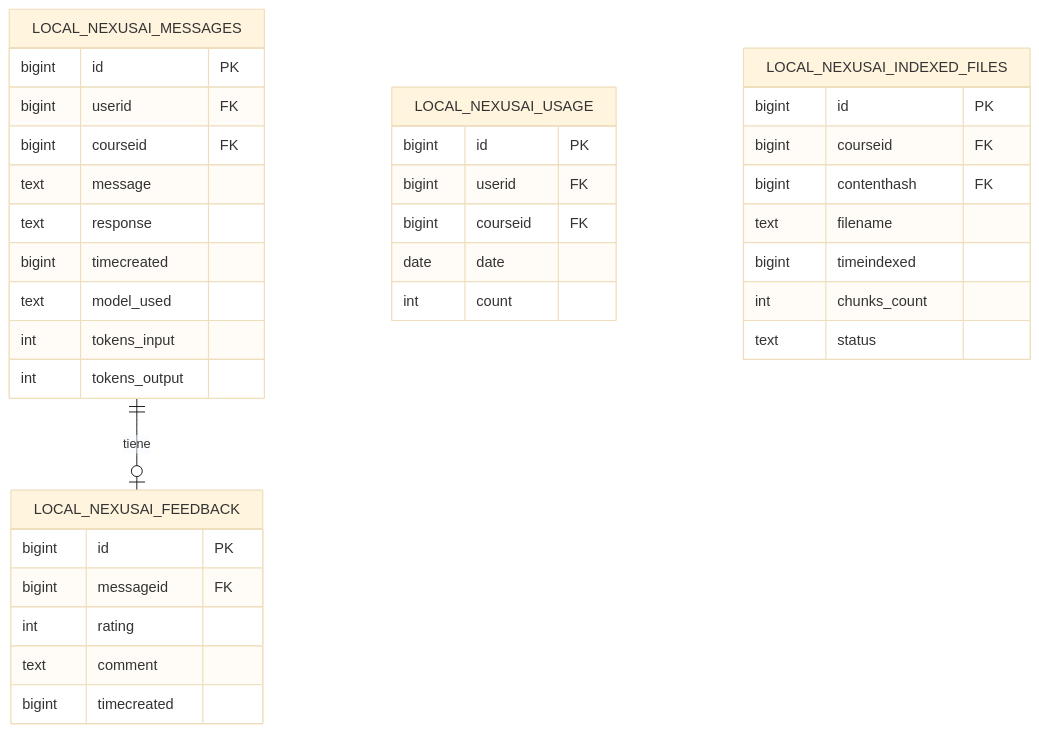
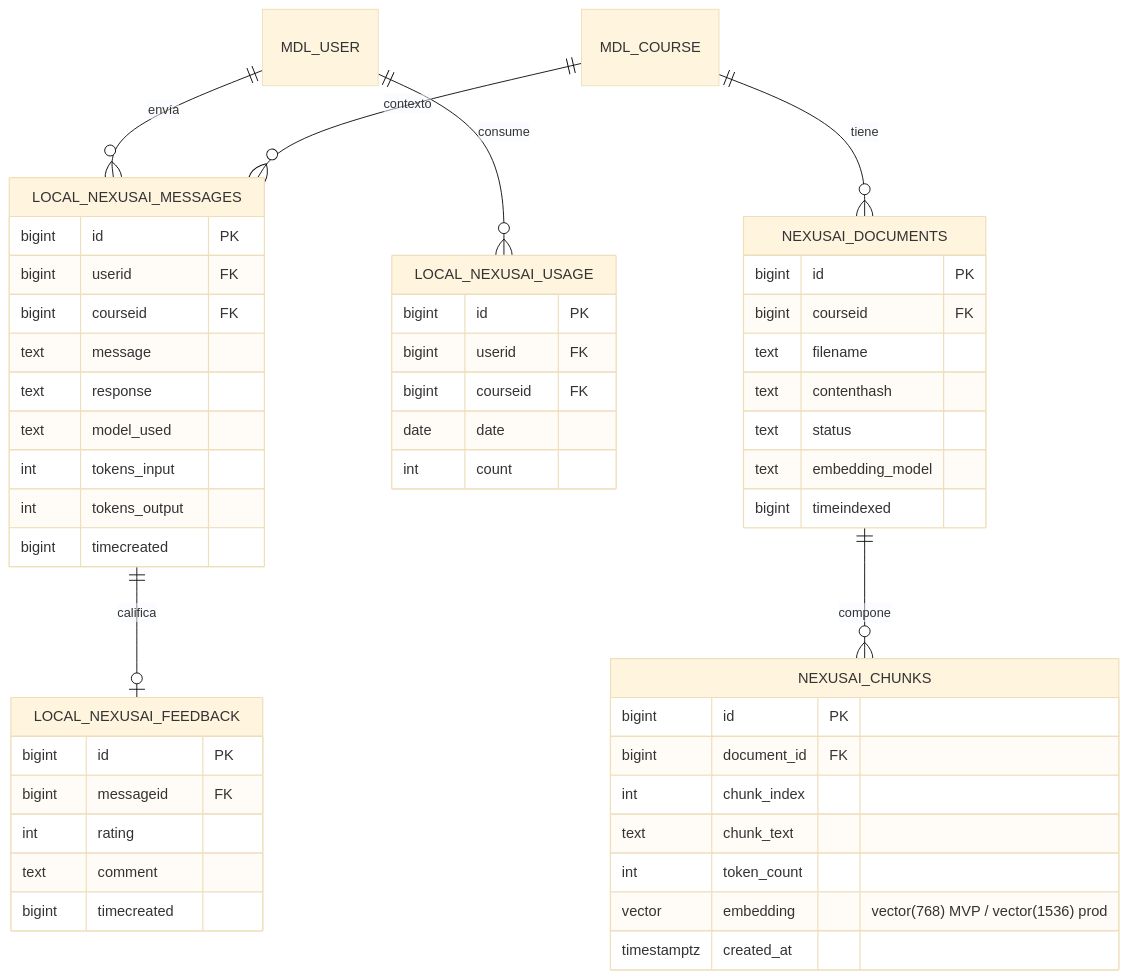
The fifth of 6 diagrams in NexusAI/docs/architecture.md (nexusai-ucc/nexusAI), drawn with Mermaid (base theme) before and after one commit. The commit also changed other lines of this file and 15 other files, not shown here.

````diff
--- a/NexusAI/docs/architecture.md
+++ b/NexusAI/docs/architecture.md
@@ -200,42 +226,57 @@
 ```mermaid
 erDiagram
+    MDL_USER ||--o{ LOCAL_NEXUSAI_MESSAGES : "envía"
+    MDL_USER ||--o{ LOCAL_NEXUSAI_USAGE : "consume"
+    MDL_COURSE ||--o{ LOCAL_NEXUSAI_MESSAGES : "contexto"
+    MDL_COURSE ||--o{ NEXUSAI_DOCUMENTS : "tiene"
+    NEXUSAI_DOCUMENTS ||--o{ NEXUSAI_CHUNKS : "compone"
+    LOCAL_NEXUSAI_MESSAGES ||--o| LOCAL_NEXUSAI_FEEDBACK : "califica"
+
     LOCAL_NEXUSAI_MESSAGES {
         bigint id PK
         bigint userid FK
         bigint courseid FK
         text message
         text response
-        bigint timecreated
         text model_used
         int tokens_input
         int tokens_output
+        bigint timecreated
     }
 
     LOCAL_NEXUSAI_USAGE {
         bigint id PK
         bigint userid FK
         bigint courseid FK
         date date
         int count
     }
 
-    LOCAL_NEXUSAI_INDEXED_FILES {
+    NEXUSAI_DOCUMENTS {
         bigint id PK
         bigint courseid FK
-        bigint contenthash FK
         text filename
+        text contenthash
+        text status
+        text embedding_model
         bigint timeindexed
-        int chunks_count
-        text status
+    }
+
+    NEXUSAI_CHUNKS {
+        bigint id PK
+        bigint document_id FK
+        int chunk_index
+        text chunk_text
+        int token_count
+        vector embedding "vector(768) MVP / vector(1536) prod"
+        timestamptz created_at
     }
 
     LOCAL_NEXUSAI_FEEDBACK {
         bigint id PK
         bigint messageid FK
         int rating
         text comment
         bigint timecreated
     }
-
-    LOCAL_NEXUSAI_MESSAGES ||--o| LOCAL_NEXUSAI_FEEDBACK : "tiene"
 ```
````
